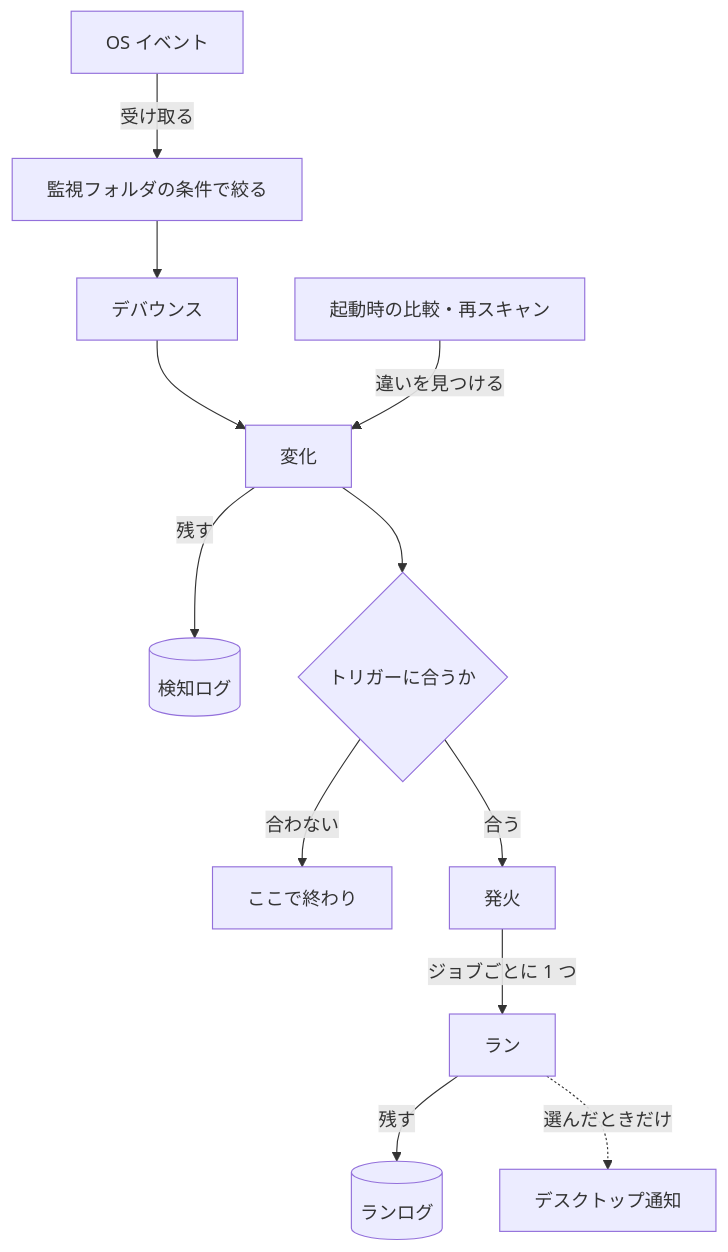
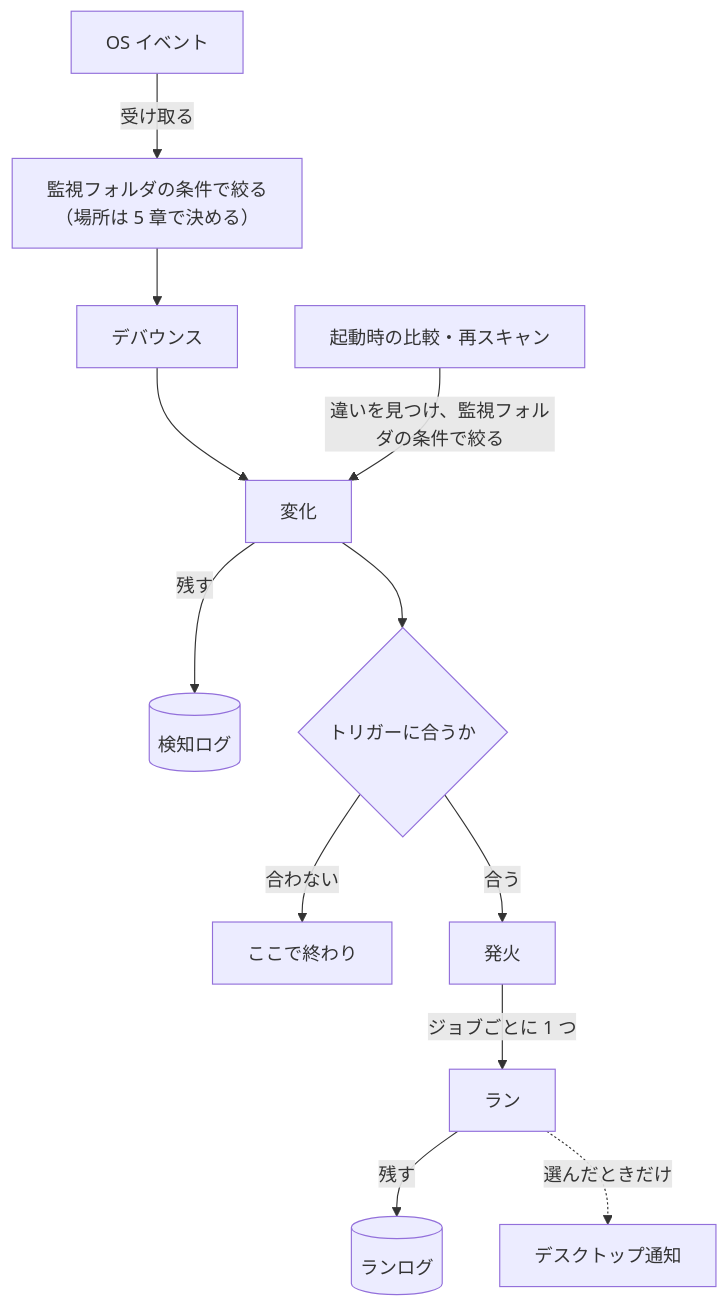
Before and after one commit to capypara20/Foxonar: the second of 3 diagrams in docs/design.ja.md, drawn with Mermaid. The commit also changed other lines of this file and 1 other file, not shown here.

````diff
--- a/docs/design.ja.md
+++ b/docs/design.ja.md
@@ -77,14 +77,14 @@
 ```mermaid
 flowchart TD
-  os["OS イベント"] -->|受け取る| narrow["監視フォルダの条件で絞る"]
+  os["OS イベント"] -->|受け取る| narrow["監視フォルダの条件で絞る<br>（場所は 5 章で決める）"]
   narrow --> deb["デバウンス"]
   deb --> change["変化"]
-  scan["起動時の比較・再スキャン"] -->|違いを見つける| change
+  scan["起動時の比較・再スキャン"] -->|違いを見つけ、監視フォルダの条件で絞る| change
   change -->|残す| dlog[("検知ログ")]
   change --> match{"トリガーに合うか"}
   match -->|合わない| stop["ここで終わり"]
   match -->|合う| firing["発火"]
   firing -->|ジョブごとに 1 つ| run["ラン"]
   run -->|残す| rlog[("ランログ")]
   run -.->|選んだときだけ| toast["デスクトップ通知"]
 ```
````
